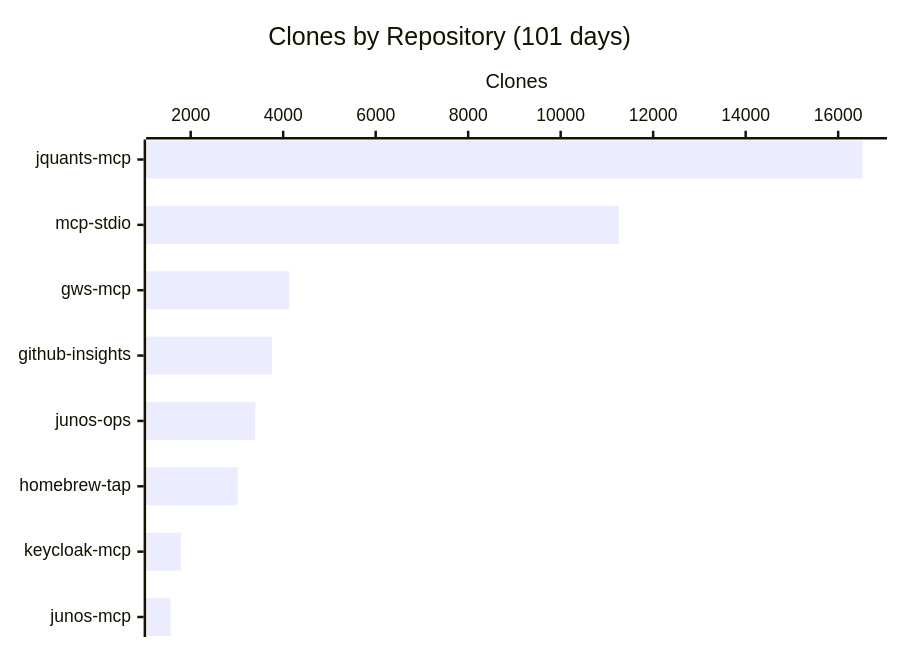
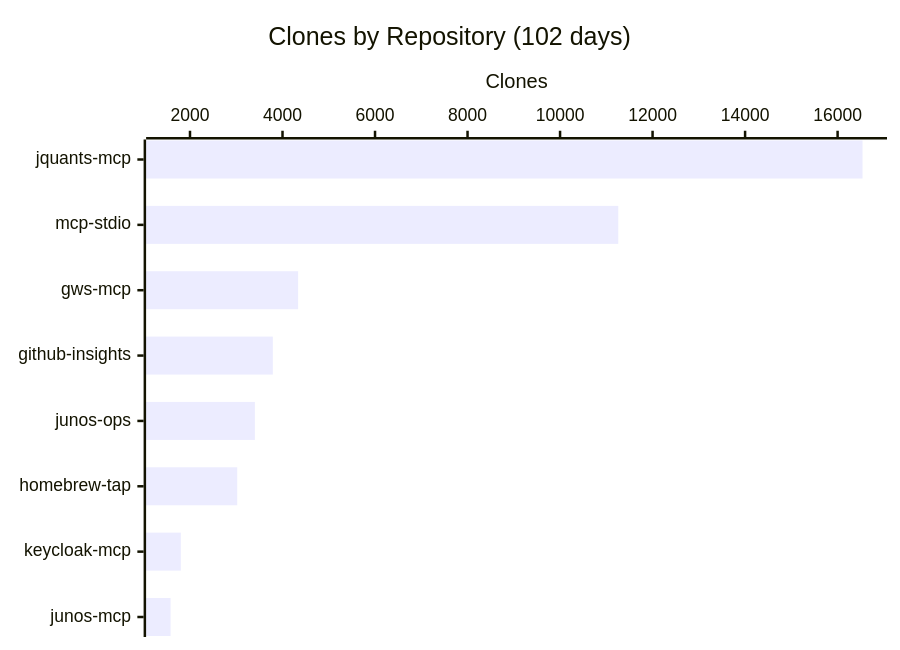
The third of 3 diagrams in README.md (shigechika/github-insights), drawn with Mermaid before and after one commit. The commit also changed other lines of this file and 2 other files, not shown here.

````diff
--- a/README.md
+++ b/README.md
@@ -43,7 +43,7 @@
 ```mermaid
 xychart-beta horizontal
-    title "Clones by Repository (101 days)"
+    title "Clones by Repository (102 days)"
     x-axis ["jquants-mcp", "mcp-stdio", "gws-mcp", "github-insights", "junos-ops", "homebrew-tap", "keycloak-mcp", "junos-mcp"]
     y-axis "Clones"
-    bar [16527, 11257, 4134, 3761, 3399, 3018, 1788, 1565]
+    bar [16539, 11258, 4338, 3790, 3403, 3021, 1802, 1580]
 ```
````
